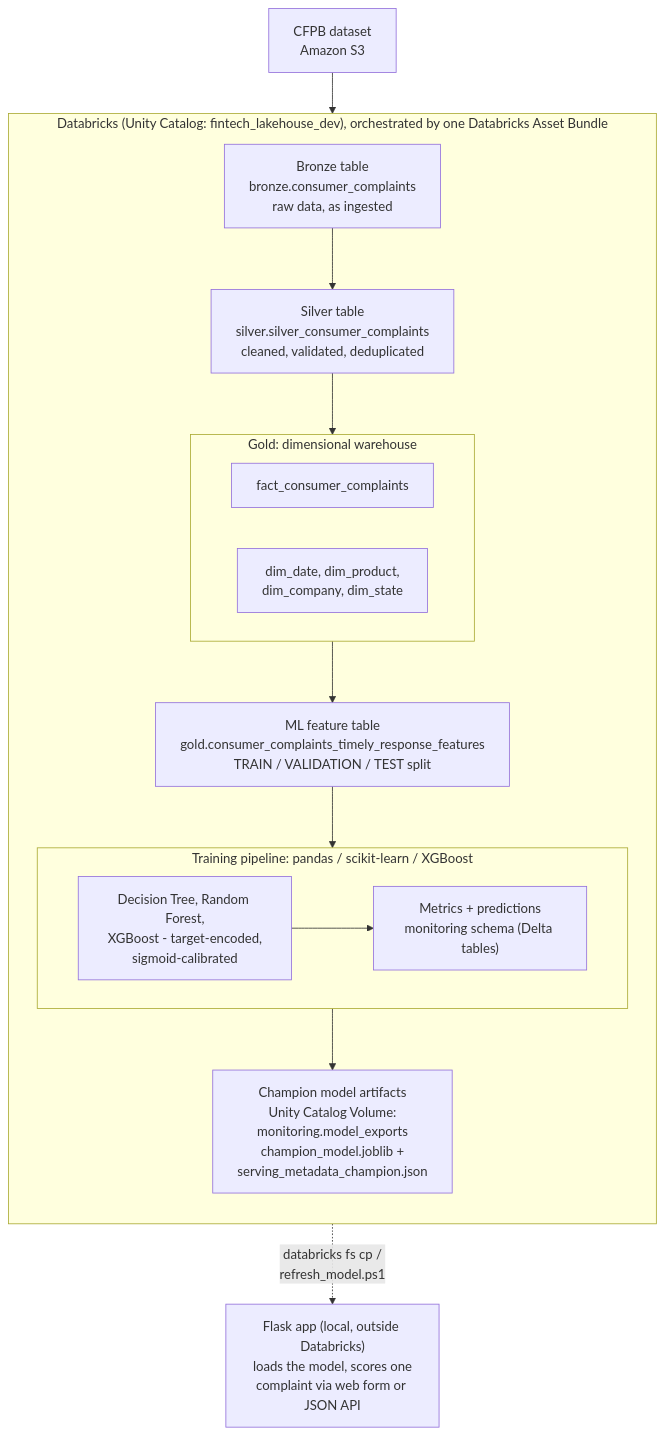
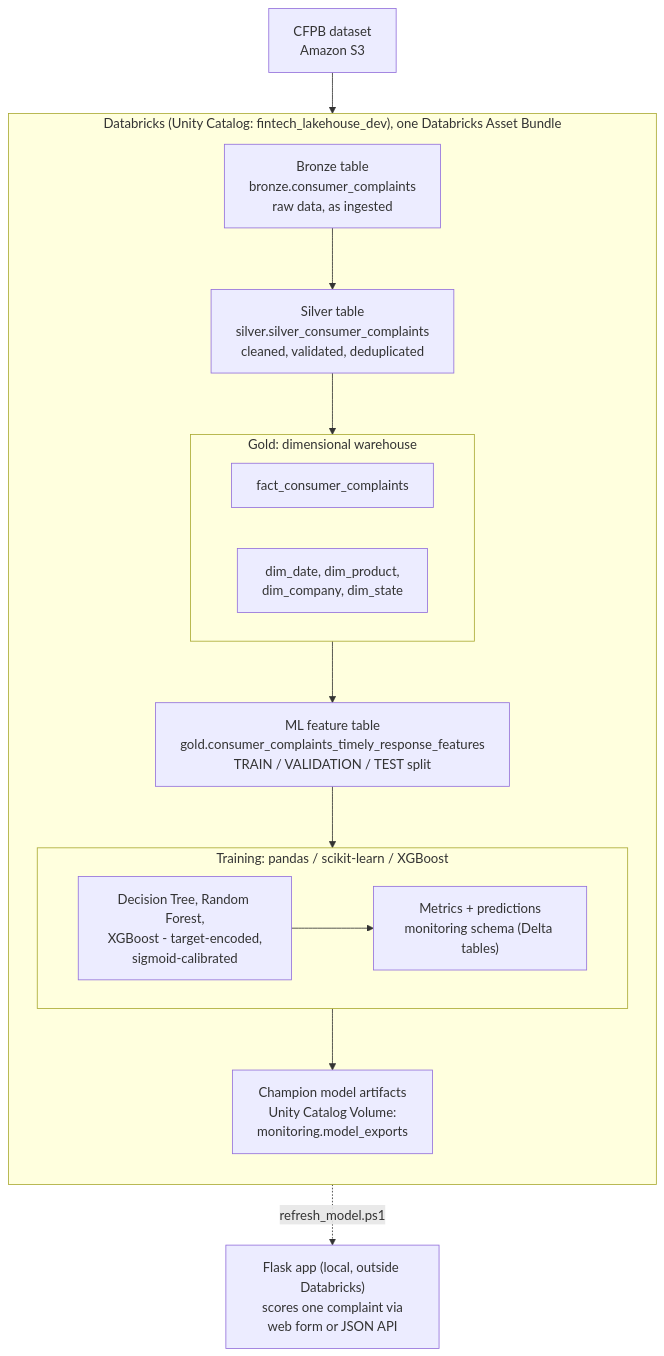
The diagram in README.md (Falli007/consumer-complaints-ml), drawn with Mermaid before and after one commit. The commit also changed other lines of this file, not shown here.

````diff
--- a/README.md
+++ b/README.md
@@ -31,34 +9,34 @@
 ```mermaid
 flowchart TD
     S3["CFPB dataset<br/>Amazon S3"]
 
-    subgraph databricks["Databricks (Unity Catalog: fintech_lakehouse_dev), orchestrated by one Databricks Asset Bundle"]
+    subgraph databricks["Databricks (Unity Catalog: fintech_lakehouse_dev), one Databricks Asset Bundle"]
         direction TB
         Bronze["Bronze table<br/>bronze.consumer_complaints<br/>raw data, as ingested"]
         Silver["Silver table<br/>silver.silver_consumer_complaints<br/>cleaned, validated, deduplicated"]
 
         subgraph gold["Gold: dimensional warehouse"]
             direction LR
             Fact["fact_consumer_complaints"]
             Dims["dim_date, dim_product,<br/>dim_company, dim_state"]
         end
 
         Features["ML feature table<br/>gold.consumer_complaints_timely_response_features<br/>TRAIN / VALIDATION / TEST split"]
 
-        subgraph training["Training pipeline: pandas / scikit-learn / XGBoost"]
+        subgraph training["Training: pandas / scikit-learn / XGBoost"]
             direction LR
             Models["Decision Tree, Random Forest,<br/>XGBoost - target-encoded,<br/>sigmoid-calibrated"]
             Metrics["Metrics + predictions<br/>monitoring schema (Delta tables)"]
         end
 
-        Volume["Champion model artifacts<br/>Unity Catalog Volume:<br/>monitoring.model_exports<br/>champion_model.joblib +<br/>serving_metadata_champion.json"]
+        Volume["Champion model artifacts<br/>Unity Catalog Volume:<br/>monitoring.model_exports"]
     end
 
-    Flask["Flask app (local, outside Databricks)<br/>loads the model, scores one<br/>complaint via web form or JSON API"]
+    Flask["Flask app (local, outside Databricks)<br/>scores one complaint via<br/>web form or JSON API"]
 
     S3 --> Bronze --> Silver --> gold
     gold --> Features --> training
     Models --> Metrics
     Models --> Volume
-    Volume -. "databricks fs cp /<br/>refresh_model.ps1" .-> Flask
+    Volume -. "refresh_model.ps1" .-> Flask
 ```
````
